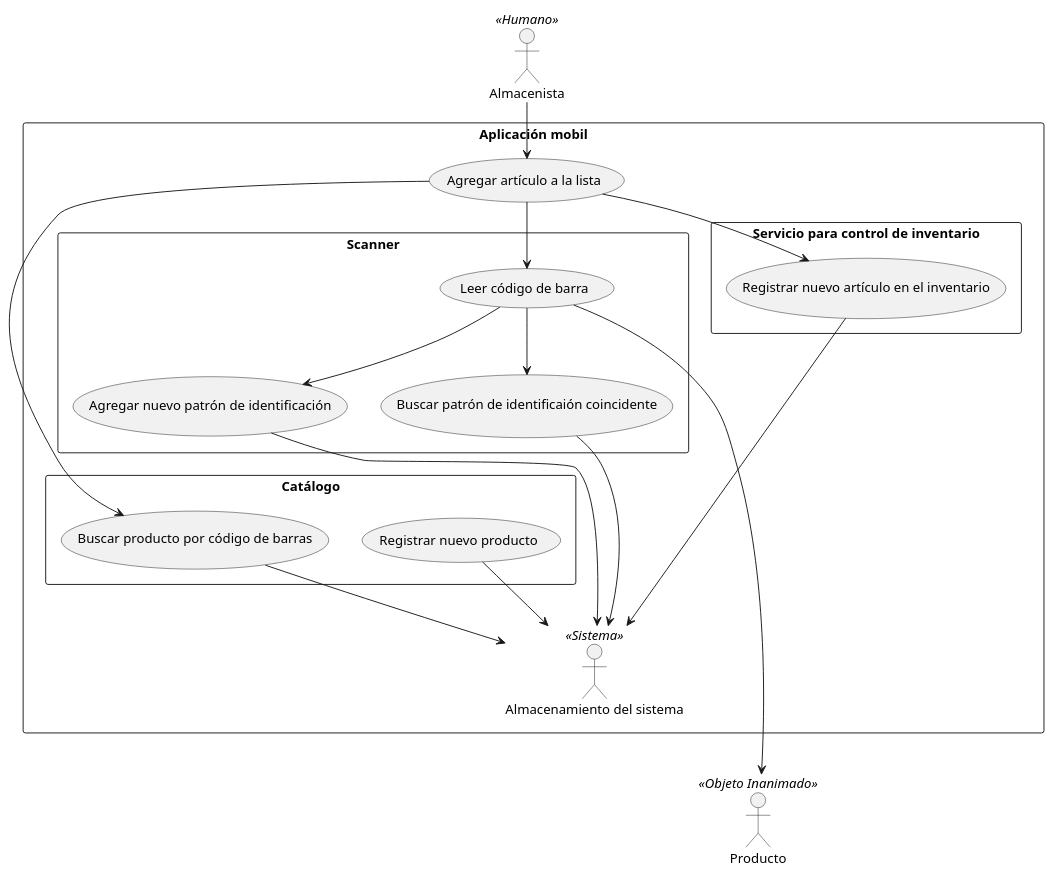
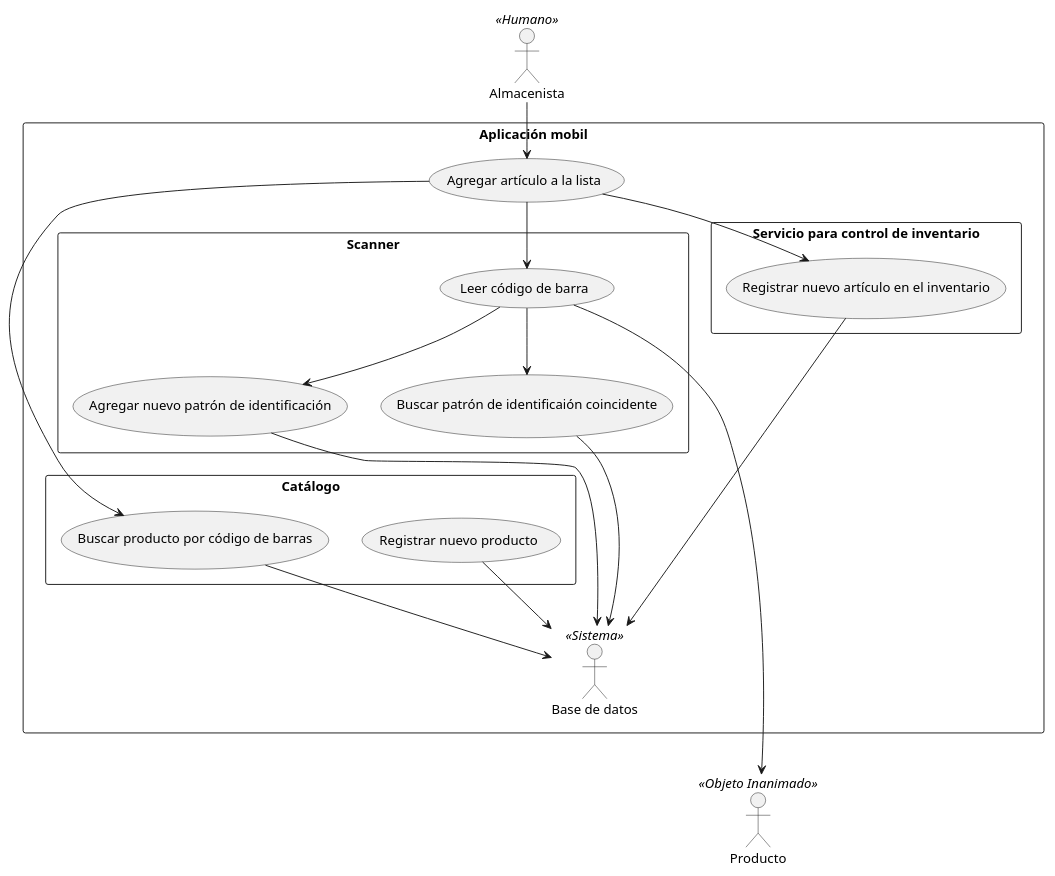
One commit to emirhg/inventarium changed the diagram in dev/architecture/use-cases.puml. Above: the diagram before and after it, drawn with PlantUML. The commit also changed 1 other file, not shown here.

```diff
--- a/dev/architecture/use-cases.puml
+++ b/dev/architecture/use-cases.puml
@@ -1,87 +1,87 @@
 @startuml
 actor "Almacenista" as storer <<Humano>>
 ' actor "Almacen" as store <<Humano>>
 ' actor "Gerente" as manager <<Humano>>
 ' actor "Cliente" as client <<Humano>>
 ' actor "Guardia" as guard <<Humano>>
 
 actor "Producto" as product <<Objeto Inanimado>>
 
 rectangle "Aplicación mobil"{
-  actor db as  "Almacenamiento del sistema" <<Sistema>>
+  actor db as  "Base de datos" <<Sistema>>
   usecase addItemIntoInventory as "Agregar artículo a la lista"
   'usecase removeItem as "Registrar extracción de artículo a inventario"
 
 ' usecase newContainer as "Crear nuevo contenedor\nde inventario"
 ' usecase getTransaction as "Consulter movimientos de un artículo"
 ' usecase moveItem as "Mover un artículo entre contenedores"
 ' usecase listItems as "Consultar inventario"
 
 '  usecase searchByContainer as "Buscar por contenedor"
 
   rectangle "Catálogo" {
     usecase newProduct as "Registrar nuevo producto"
     'usecase searchByVendor as "Buscar por marca"
     'usecase searchBySerial as "Buscar por número de serie"
     usecase searchProductByBarcodeTags as "Buscar producto por código de barras"
     'usecase searchByModel as "Buscar por modelo"
     'usecase getProduct as "Consultar las especificaciones de un producto"
     'usecase newProductSheet as "Registrar un nuevo producto\ny su ficha técnica en el catálogo"
 
     (newProduct) --> db
     (searchProductByBarcodeTags) --> db
   }
 
   rectangle Scanner {
     usecase scanBarcode as "Leer código de barra"
     usecase newPattern as "Agregar nuevo patrón de identificación"
     usecase searchPattern as "Buscar patrón de identificaión coincidente"
 
     (scanBarcode) --> (searchPattern)
     (scanBarcode) --> (newPattern)
 
     (scanBarcode) -----> product
     (newPattern) ---> db
     (searchPattern) ---> db
   }
 
   rectangle "Servicio para control de inventario" {
     'usecase newContainerOnService as "Registrar un nuevo contenedor"
     'usecase getTransactionHistory as "Consultar el historial\nde movimientos de un atículo"
     'usecase listArticles as "Listar productos en contenedores"
     'usecase moveItemToAnotherContainer as "Registrar un traspaso de productos entre contenedores"
     'usecase searchItem as "Buscar existencias de\nproducto en el inventario"
     usecase newItem as "Registrar nuevo artículo en el inventario"
     'usecase takeItem as "Registrar salida de producto al inventario"
     'usecase extractPartialItem as "Extrar contenido parcial de un artículo"
 
     (newItem) --> db
   }
 }
 
 
 'rectangle "Autenticación"{
 '  usecase newUser as "Registrar nuevo usuario"
 '}
 '
 'rectangle "Autorización" {
 '  usecase editUser as "Modificar rol de usuario"
 '  usecase login as "Iniciar sesión"
 '  usecase logout as "Cerrar sesión"
 '}
 '
 'rectangle "Servicio para control de acceso" {
 '  usecase newUser as "Crear nuevo usuario"
 '  usecase setAdmin as "Asignar rol "Administrador" a usuario"
 '  usecase revokeAdmin as "Revocar rol "Administrador" a usuario"
 '  usecase getToken as "Emitir token de acceso"
 '  usecase removeToken as "Revocar token de acceso"
 '}
 
 storer --> (addItemIntoInventory)
 
 (addItemIntoInventory) --> (scanBarcode)
 (addItemIntoInventory) --> (searchProductByBarcodeTags)
 (addItemIntoInventory) --> (newItem)
 
 @enduml
```
